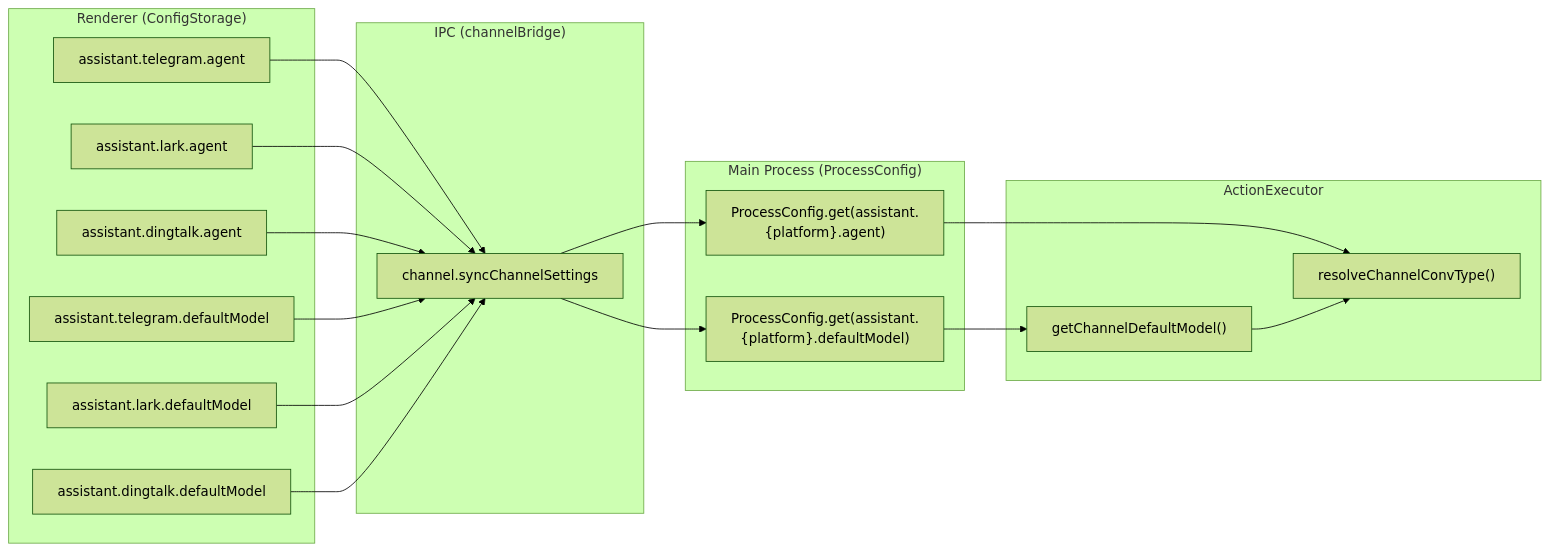
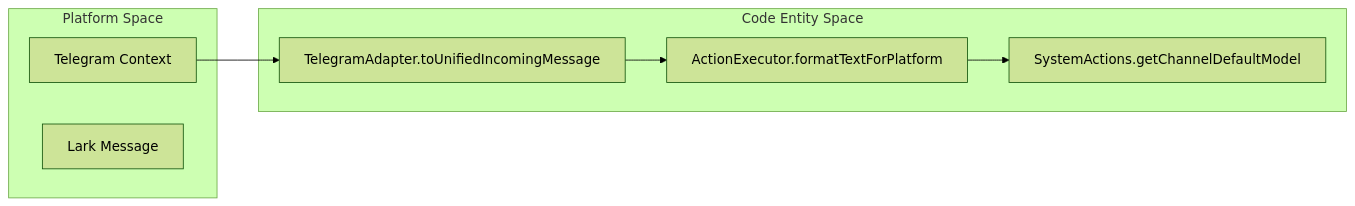
The third of 3 diagrams in docs/iOfficeAI_AionUi/channel-integration/platform-integrations.md (blackcater/zentree), drawn with Mermaid (forest theme) before and after one commit. The commit also changed other lines of this file and 232 other files, not shown here.

````diff
--- a/docs/iOfficeAI_AionUi/channel-integration/platform-integrations.md
+++ b/docs/iOfficeAI_AionUi/channel-integration/platform-integrations.md
@@ -237,37 +140,17 @@
 ```mermaid
-flowchart LR
-  subgraph "Renderer (ConfigStorage)"
-    TK["assistant.telegram.agent"]
-    LK["assistant.lark.agent"]
-    DK["assistant.dingtalk.agent"]
-    TMK["assistant.telegram.defaultModel"]
-    LMK["assistant.lark.defaultModel"]
-    DMK["assistant.dingtalk.defaultModel"]
+graph LR
+  subgraph Platform_Space ["Platform Space"]
+    TG["Telegram Context"]
+    LK["Lark Message"]
   end
 
-  subgraph "IPC (channelBridge)"
-    SYNC["channel.syncChannelSettings"]
+  subgraph Code_Entity_Space ["Code Entity Space"]
+    TA["TelegramAdapter.toUnifiedIncomingMessage"]
+    AE["ActionExecutor.formatTextForPlatform"]
+    SA["SystemActions.getChannelDefaultModel"]
   end
 
-  subgraph "Main Process (ProcessConfig)"
-    PKG["ProcessConfig.get(assistant.{platform}.agent)"]
-    PMK["ProcessConfig.get(assistant.{platform}.defaultModel)"]
-  end
-
-  subgraph "ActionExecutor"
-    AE["getChannelDefaultModel()"]
-    RC["resolveChannelConvType()"]
-  end
-
-  TK --> SYNC
-  LK --> SYNC
-  DK --> SYNC
-  TMK --> SYNC
-  LMK --> SYNC
-  DMK --> SYNC
-  SYNC --> PKG
-  SYNC --> PMK
-  PKG --> RC
-  PMK --> AE
-  AE --> RC
+  TG --> TA
+  TA --> AE
+  AE --> SA
 ```
````
